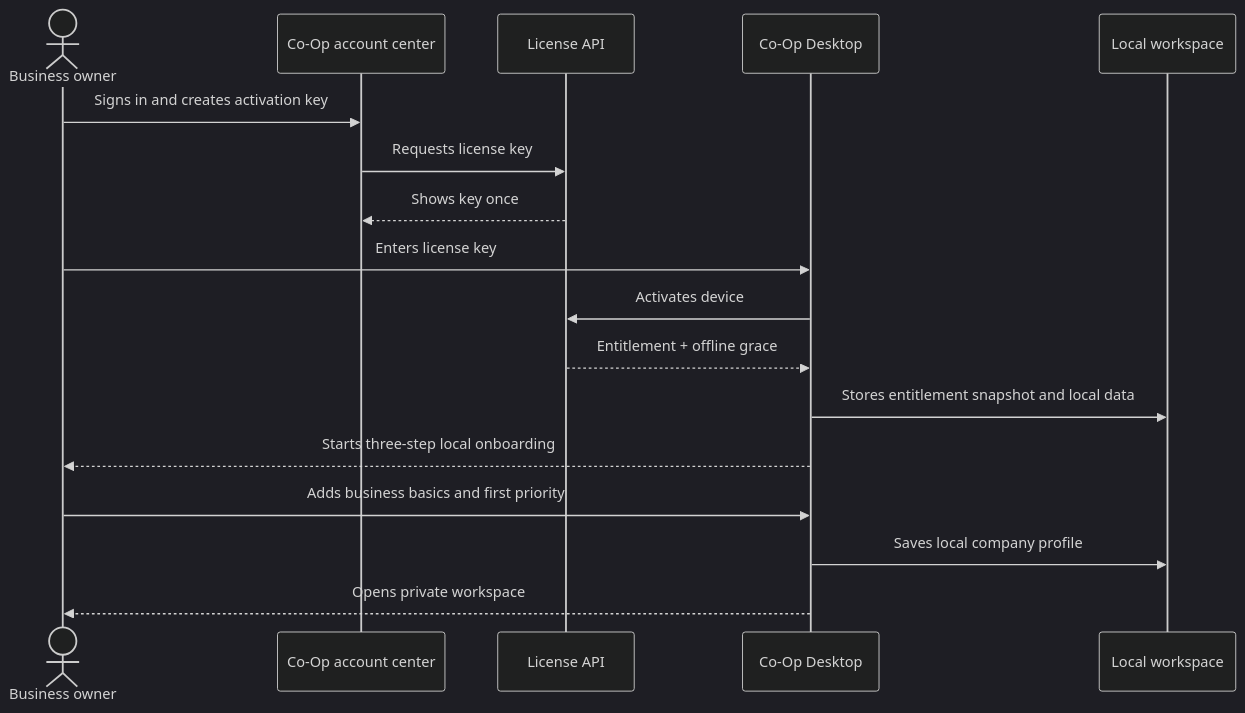
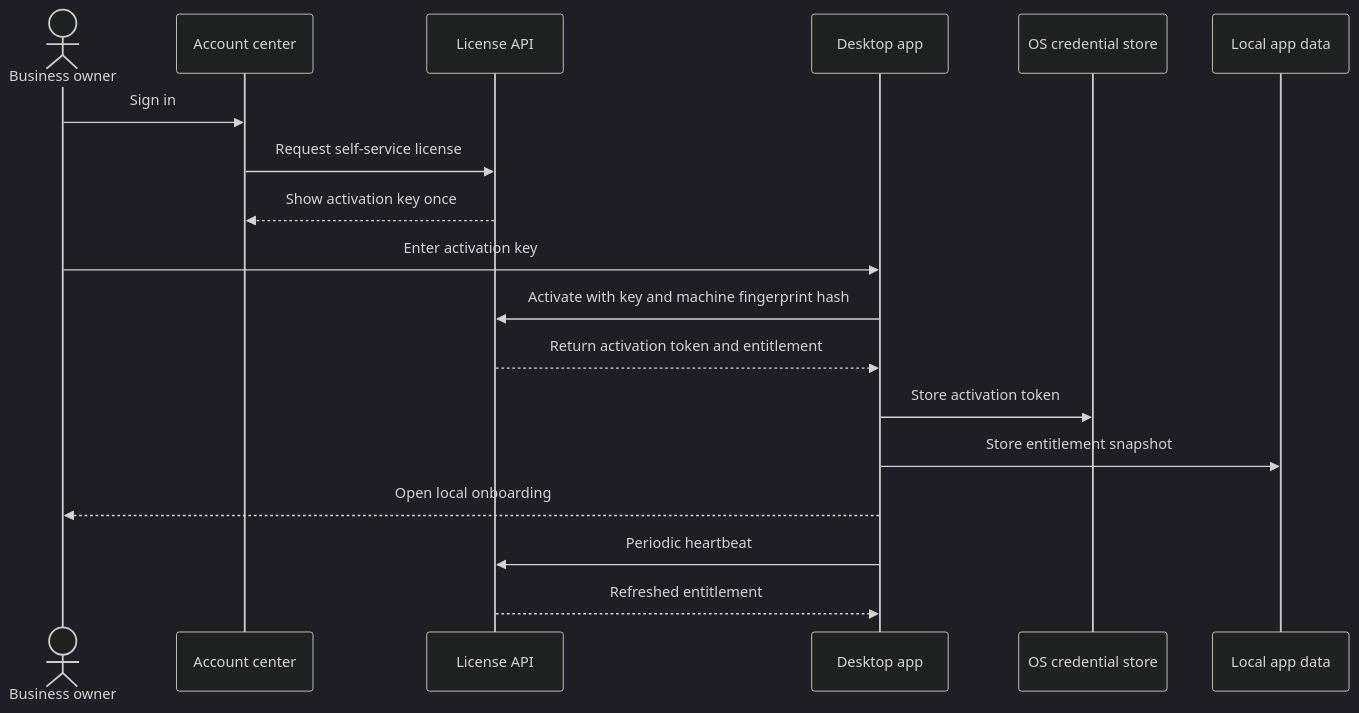
Before and after one commit to Afnanksalal/co-op: the third of 4 diagrams in docs/ARCHITECTURE.md, drawn with Mermaid (dark theme). The commit also changed other lines of this file and 44 other files, not shown here.

First line of the commit message:
Docs: reinforce desktop-local boundary and security

````diff
--- a/docs/ARCHITECTURE.md
+++ b/docs/ARCHITECTURE.md
@@ -44,20 +65,21 @@
 ```mermaid
 sequenceDiagram
   actor Owner as Business owner
-  participant Web as Co-Op account center
-  participant Cloud as License API
-  participant Desktop as Co-Op Desktop
-  participant Local as Local workspace
+  participant Web as Account center
+  participant API as License API
+  participant Desktop as Desktop app
+  participant Keychain as OS credential store
+  participant Local as Local app data
 
-  Owner->>Web: Signs in and creates activation key
-  Web->>Cloud: Requests license key
-  Cloud-->>Web: Shows key once
-  Owner->>Desktop: Enters license key
-  Desktop->>Cloud: Activates device
-  Cloud-->>Desktop: Entitlement + offline grace
-  Desktop->>Local: Stores entitlement snapshot and local data
-  Desktop-->>Owner: Starts three-step local onboarding
-  Owner->>Desktop: Adds business basics and first priority
-  Desktop->>Local: Saves local company profile
-  Desktop-->>Owner: Opens private workspace
+  Owner->>Web: Sign in
+  Web->>API: Request self-service license
+  API-->>Web: Show activation key once
+  Owner->>Desktop: Enter activation key
+  Desktop->>API: Activate with key and machine fingerprint hash
+  API-->>Desktop: Return activation token and entitlement
+  Desktop->>Keychain: Store activation token
+  Desktop->>Local: Store entitlement snapshot
+  Desktop-->>Owner: Open local onboarding
+  Desktop->>API: Periodic heartbeat
+  API-->>Desktop: Refreshed entitlement
 ```
````
